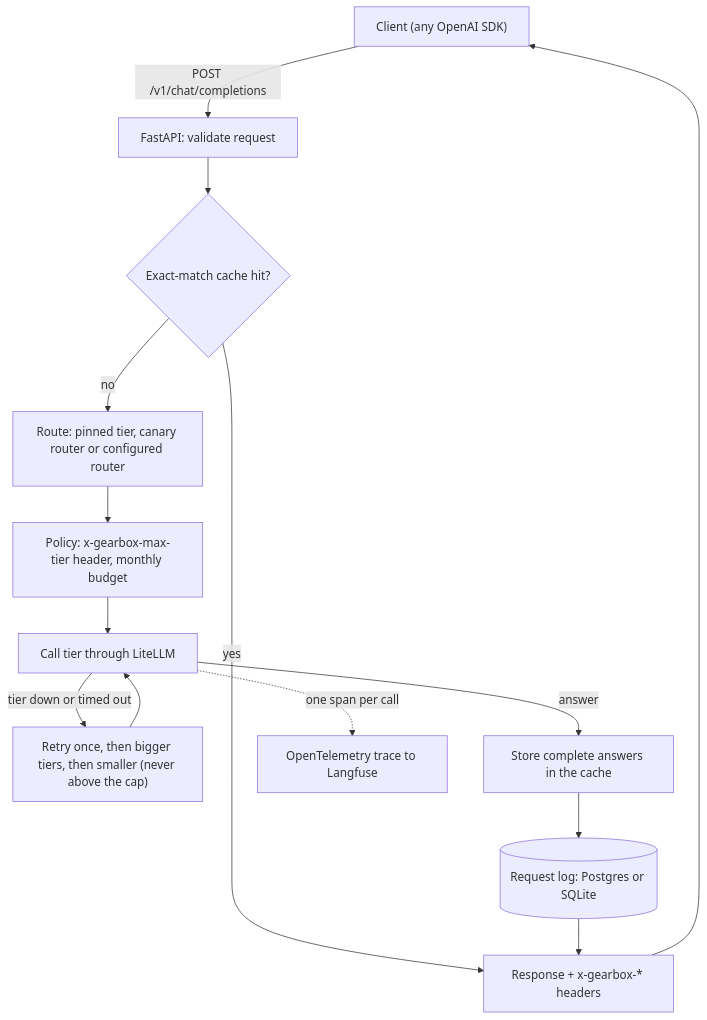
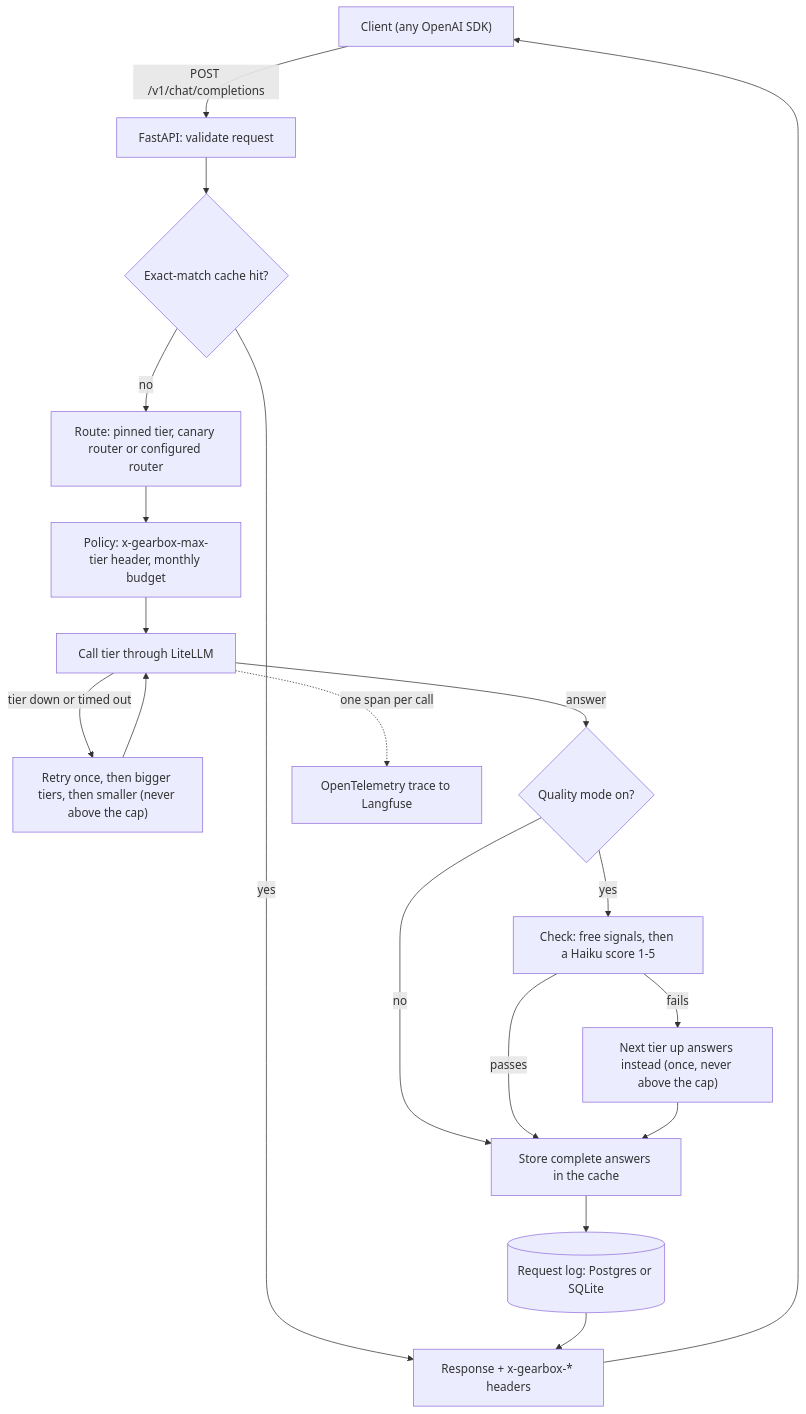
The first of 3 diagrams in docs/design.md (Utsav0706/gearbox), drawn with Mermaid before and after one commit. The commit also changed other lines of this file and 4 other files, not shown here.

First line of the commit message:
Tidy-ups: v1 label-rule note, escalations tile, design diagrams

````diff
--- a/docs/design.md
+++ b/docs/design.md
@@ -17,16 +17,21 @@
 ```mermaid
 flowchart TD
     client["Client (any OpenAI SDK)"] -->|"POST /v1/chat/completions"| api["FastAPI: validate request"]
     api --> cache{"Exact-match cache hit?"}
     cache -->|yes| reply
     cache -->|no| route["Route: pinned tier, canary router or configured router"]
     route --> policy["Policy: x-gearbox-max-tier header, monthly budget"]
     policy --> tiercall["Call tier through LiteLLM"]
     tiercall -->|"tier down or timed out"| fallback["Retry once, then bigger tiers, then smaller (never above the cap)"]
     fallback --> tiercall
-    tiercall -->|answer| store["Store complete answers in the cache"]
+    tiercall -->|answer| qm{"Quality mode on?"}
+    qm -->|no| store["Store complete answers in the cache"]
+    qm -->|yes| check["Check: free signals, then a Haiku score 1-5"]
+    check -->|passes| store
+    check -->|fails| up["Next tier up answers instead (once, never above the cap)"]
+    up --> store
     store --> log[("Request log: Postgres or SQLite")]
     log --> reply["Response + x-gearbox-* headers"]
     reply --> client
     tiercall -. "one span per call" .-> otel["OpenTelemetry trace to Langfuse"]
 ```
````
